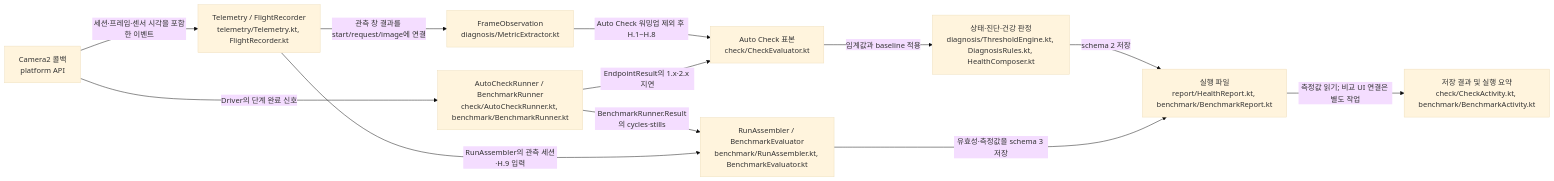
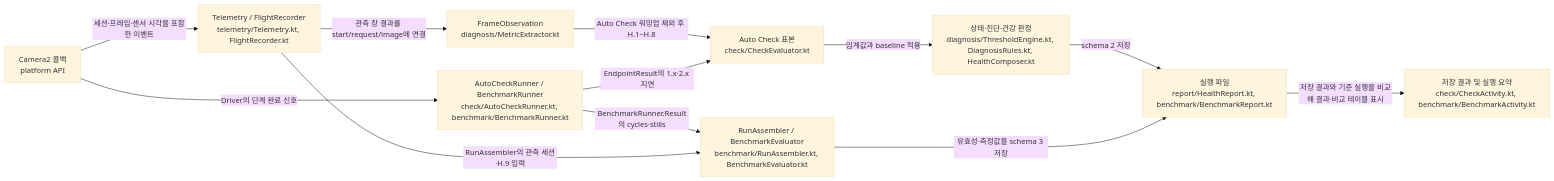
One commit to TTolsun/hal-camera changed the diagram in .omm/data-flow/diagram.mmd. Above: the diagram before and after it, drawn with Mermaid (base theme). The commit also changed other lines of this file and 23 other files, not shown here.

```diff
--- a/.omm/data-flow/diagram.mmd
+++ b/.omm/data-flow/diagram.mmd
@@ -1,21 +1,21 @@
 graph LR
     framework-callbacks["Camera2 콜백\nplatform API"]
     event-record["Telemetry / FlightRecorder\ntelemetry/Telemetry.kt, FlightRecorder.kt"]
     runner-marks["AutoCheckRunner / BenchmarkRunner\ncheck/AutoCheckRunner.kt, benchmark/BenchmarkRunner.kt"]
     frame-observations["FrameObservation\ndiagnosis/MetricExtractor.kt"]
     metric-samples["Auto Check 표본\ncheck/CheckEvaluator.kt"]
     judged-states["상태·진단·건강 판정\ndiagnosis/ThresholdEngine.kt, DiagnosisRules.kt, HealthComposer.kt"]
     benchmark-metrics["RunAssembler / BenchmarkEvaluator\nbenchmark/RunAssembler.kt, BenchmarkEvaluator.kt"]
     run-json["실행 파일\nreport/HealthReport.kt, benchmark/BenchmarkReport.kt"]
     rendered-screens["저장 결과 및 실행 요약\ncheck/CheckActivity.kt, benchmark/BenchmarkActivity.kt"]
     framework-callbacks -->|"세션·프레임·센서 시각을 포함한 이벤트"| event-record
     framework-callbacks -->|"Driver의 단계 완료 신호"| runner-marks
     event-record -->|"관측 창 결과를 start/request/image에 연결"| frame-observations
     frame-observations -->|"Auto Check 워밍업 제외 후 H.1~H.8"| metric-samples
     runner-marks -->|"EndpointResult의 1.x·2.x 지연"| metric-samples
     metric-samples -->|"임계값과 baseline 적용"| judged-states
     runner-marks -->|"BenchmarkRunner.Result의 cycles·stills"| benchmark-metrics
     event-record -->|"RunAssembler의 관측 세션·H.9 입력"| benchmark-metrics
     judged-states -->|"schema 2 저장"| run-json
     benchmark-metrics -->|"유효성·측정값을 schema 3 저장"| run-json
-    run-json -->|"측정값 읽기; 비교 UI 연결은 별도 작업"| rendered-screens
+    run-json -->|"저장 결과와 기준 실행을 비교해 결과·비교 테이블 표시"| rendered-screens
```
